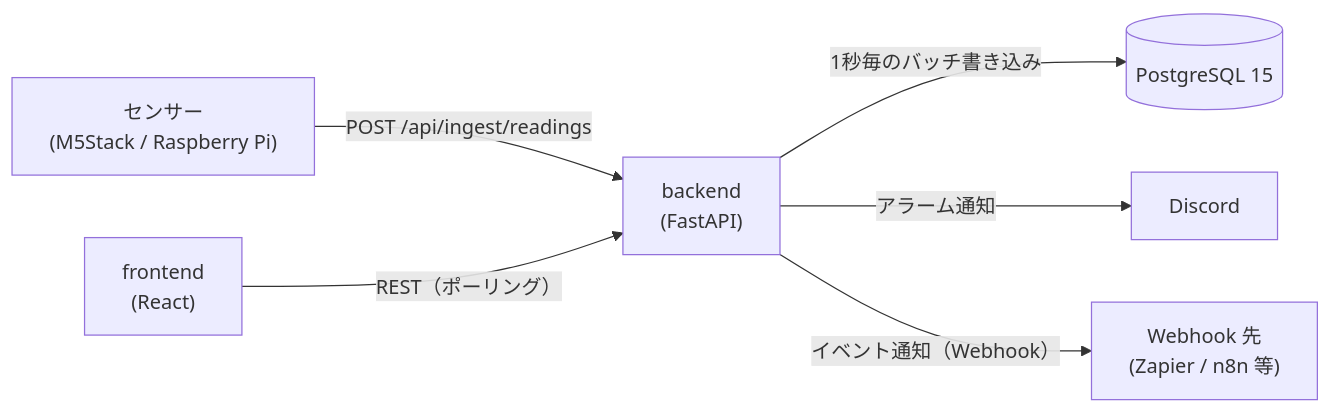
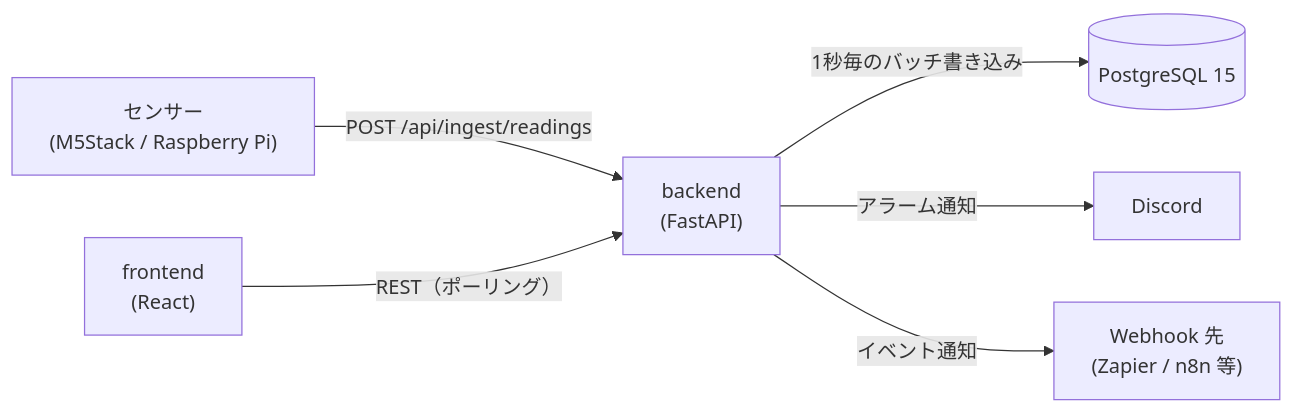
One commit to hide23link/factoreye changed the diagram in docs/architecture.md. Above: the diagram before and after it, drawn with Mermaid. The commit also changed other lines of this file and 1 other file, not shown here.

````diff
--- a/docs/architecture.md
+++ b/docs/architecture.md
@@ -26,15 +21,15 @@
 ```mermaid
 flowchart LR
     Sensors["センサー<br/>(M5Stack / Raspberry Pi)"]
     Backend["backend<br/>(FastAPI)"]
     DB[("PostgreSQL 15")]
     Frontend["frontend<br/>(React)"]
     Discord["Discord"]
     Hooks["Webhook 先<br/>(Zapier / n8n 等)"]
 
     Sensors -->|"POST /api/ingest/readings"| Backend
     Backend -->|"1秒毎のバッチ書き込み"| DB
     Backend -->|"アラーム通知"| Discord
-    Backend -->|"イベント通知（Webhook）"| Hooks
+    Backend -->|"イベント通知"| Hooks
     Frontend -->|"REST（ポーリング）"| Backend
 ```
````
